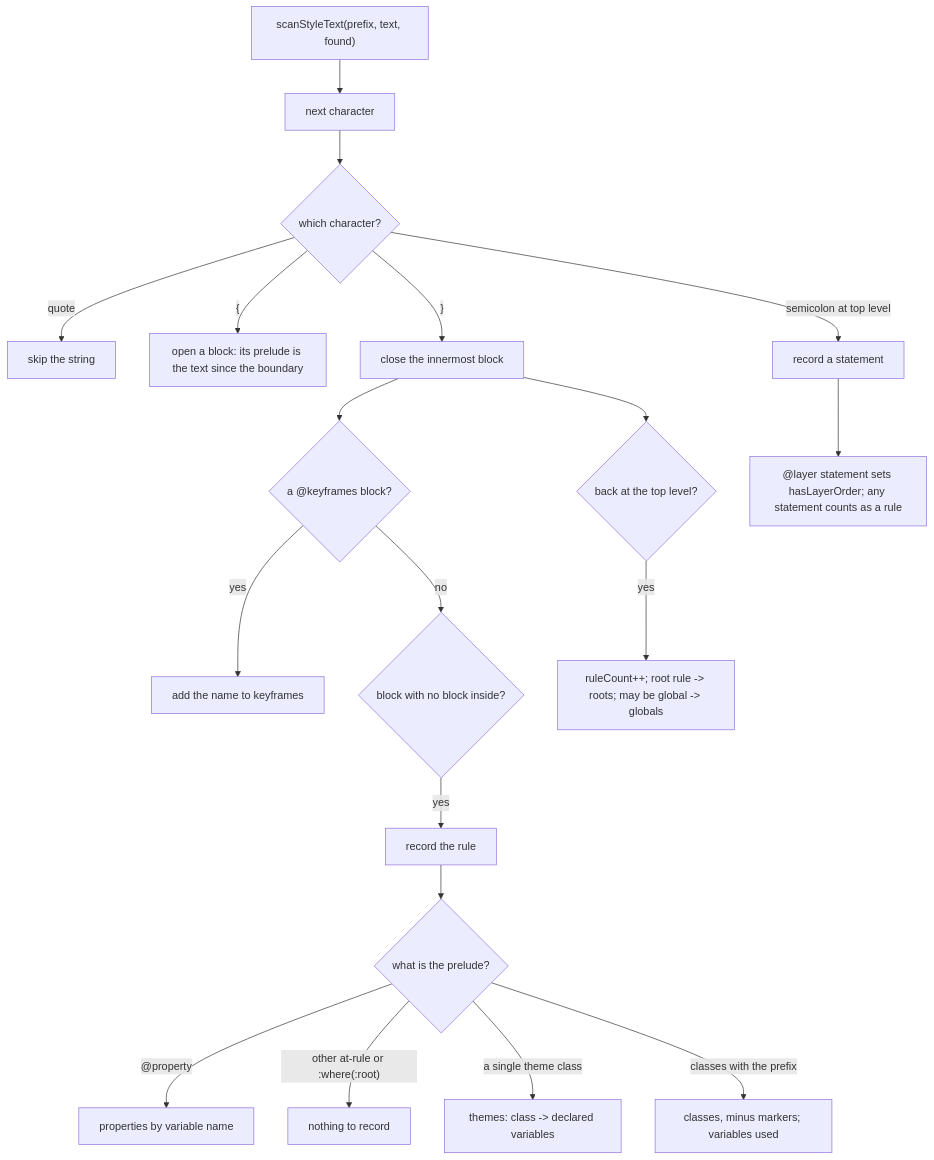
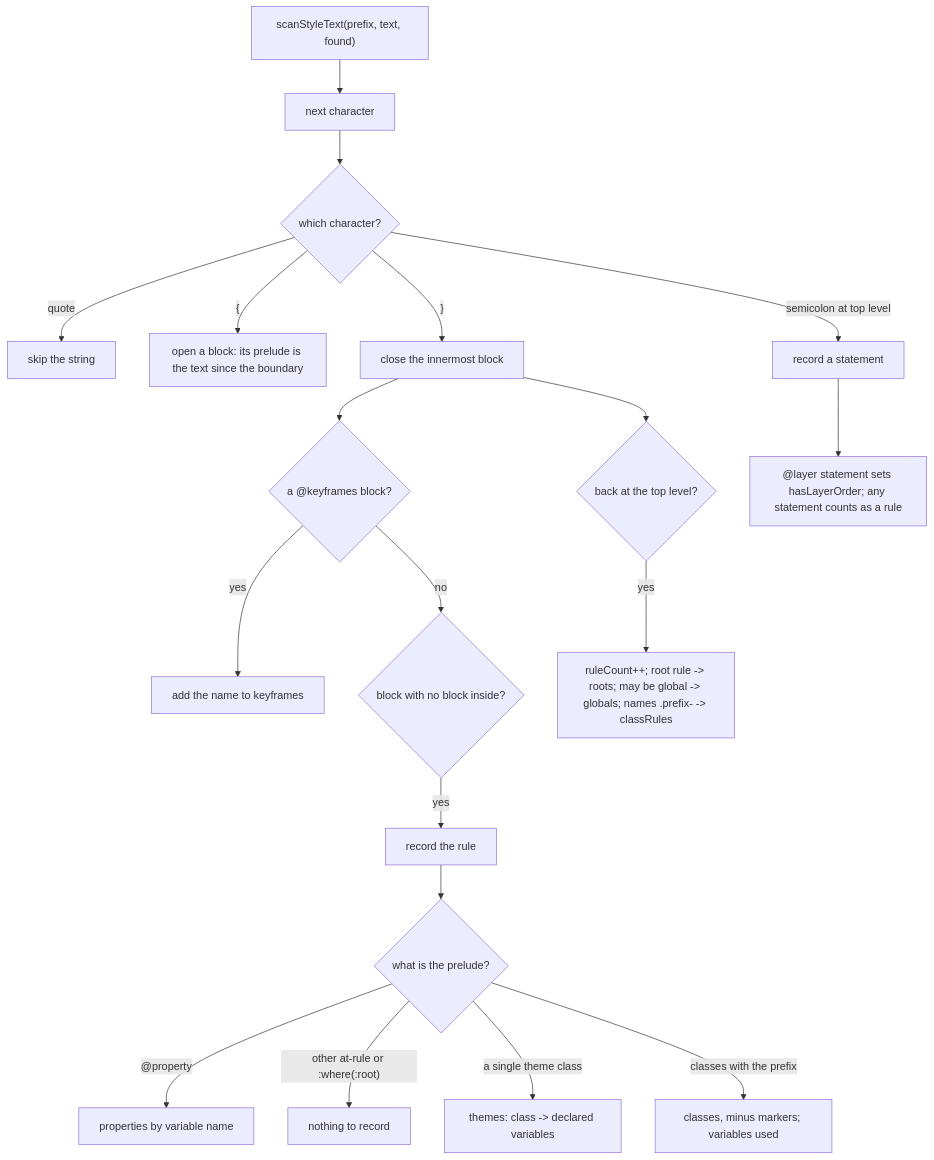
Before and after one commit to soroush-tech/umber-style: the diagram in packages/core/src/scanStyleText.md, drawn with Mermaid. The commit also changed other lines of this file and 22 other files, not shown here.

````diff
--- a/packages/core/src/scanStyleText.md
+++ b/packages/core/src/scanStyleText.md
@@ -22,21 +22,21 @@
 ```mermaid
 flowchart TD
   start["scanStyleText(prefix, text, found)"] --> loop["next character"]
   loop --> ch{"which character?"}
   ch -->|"quote"| str["skip the string"]
   ch -->|"{"| open["open a block: its prelude is the text since the boundary"]
   ch -->|"}"| close["close the innermost block"]
   ch -->|"semicolon at top level"| stmt["record a statement"]
   close --> kf{"a @keyframes block?"}
   kf -->|yes| addKf["add the name to keyframes"]
   kf -->|no| leaf{"block with no block inside?"}
   leaf -->|yes| record["record the rule"]
   record --> what{"what is the prelude?"}
   what -->|"@property"| prop["properties by variable name"]
   what -->|"other at-rule or :where(:root)"| skip["nothing to record"]
   what -->|"a single theme class"| theme["themes: class -> declared variables"]
   what -->|"classes with the prefix"| cls["classes, minus markers; variables used"]
   close --> top{"back at the top level?"}
-  top -->|yes| place["ruleCount++; root rule -> roots; may be global -> globals"]
+  top -->|yes| place["ruleCount++; root rule -> roots; may be global -> globals; names .prefix- -> classRules"]
   stmt --> layer["@layer statement sets hasLayerOrder; any statement counts as a rule"]
 ```
````
